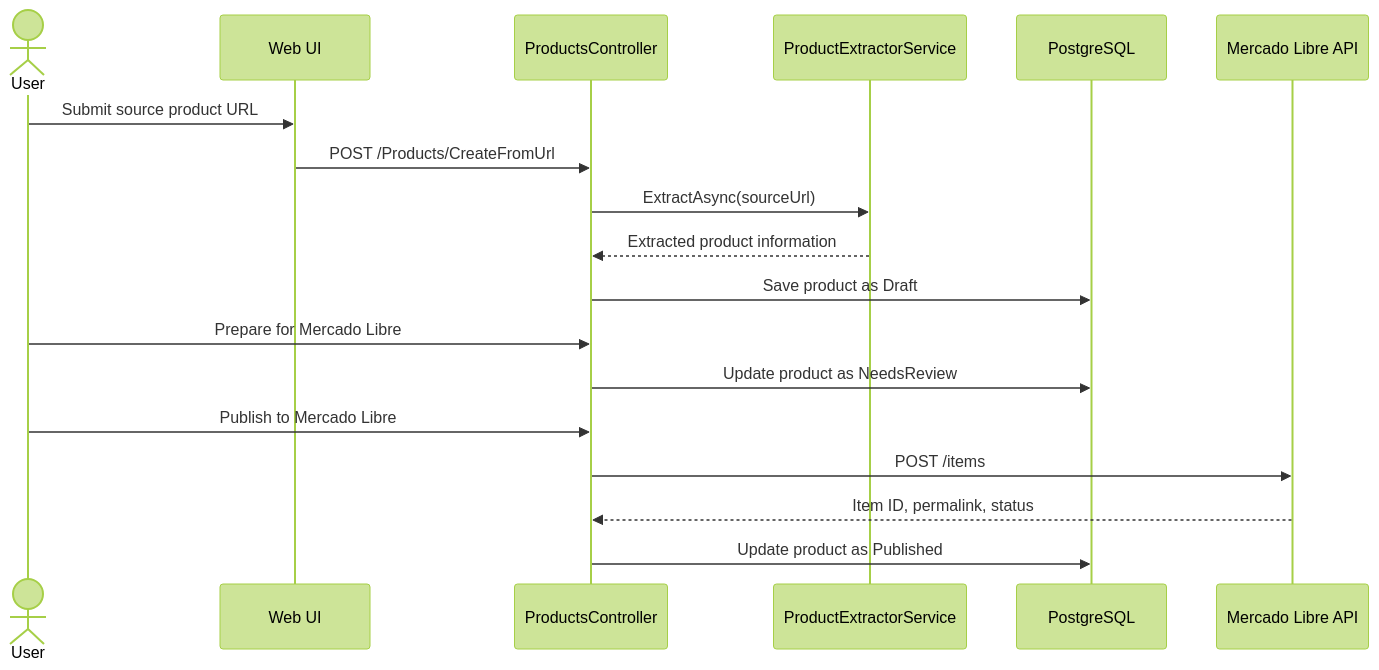
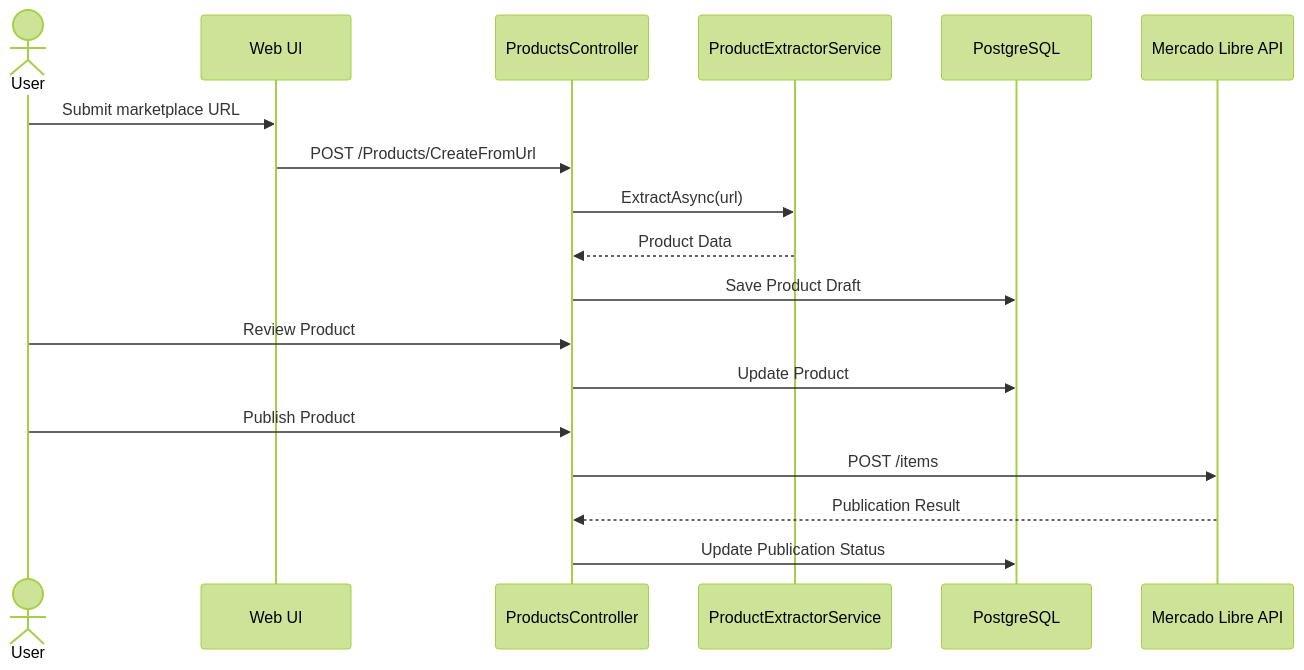
Before and after one commit to pancho63490/MarketplaceSync: the second of 2 diagrams in README.md, drawn with Mermaid (forest theme). The commit also changed other lines of this file, not shown here.

Commit message:
docs: upgrade README with enterprise architecture and roadmap

````diff
--- a/README.md
+++ b/README.md
@@ -60,23 +100,26 @@
 ```mermaid
 sequenceDiagram
     actor User as User
     participant UI as Web UI
     participant PC as ProductsController
     participant EX as ProductExtractorService
     participant DB as PostgreSQL
     participant ML as Mercado Libre API
 
-    User->>UI: Submit source product URL
+    User->>UI: Submit marketplace URL
     UI->>PC: POST /Products/CreateFromUrl
-    PC->>EX: ExtractAsync(sourceUrl)
-    EX-->>PC: Extracted product information
-    PC->>DB: Save product as Draft
 
-    User->>PC: Prepare for Mercado Libre
-    PC->>DB: Update product as NeedsReview
+    PC->>EX: ExtractAsync(url)
+    EX-->>PC: Product Data
 
-    User->>PC: Publish to Mercado Libre
+    PC->>DB: Save Product Draft
+
+    User->>PC: Review Product
+    PC->>DB: Update Product
+
+    User->>PC: Publish Product
     PC->>ML: POST /items
-    ML-->>PC: Item ID, permalink, status
-    PC->>DB: Update product as Published
+
+    ML-->>PC: Publication Result
+    PC->>DB: Update Publication Status
 ```
````
